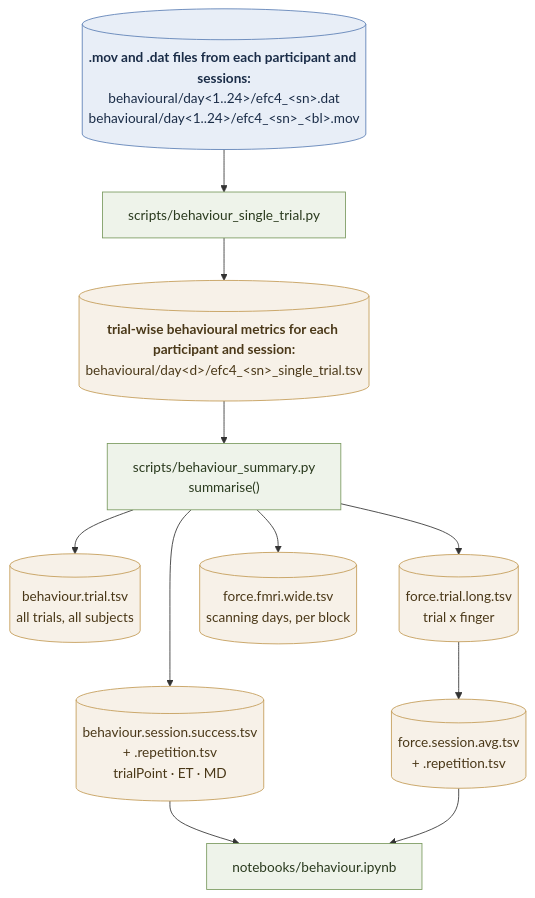
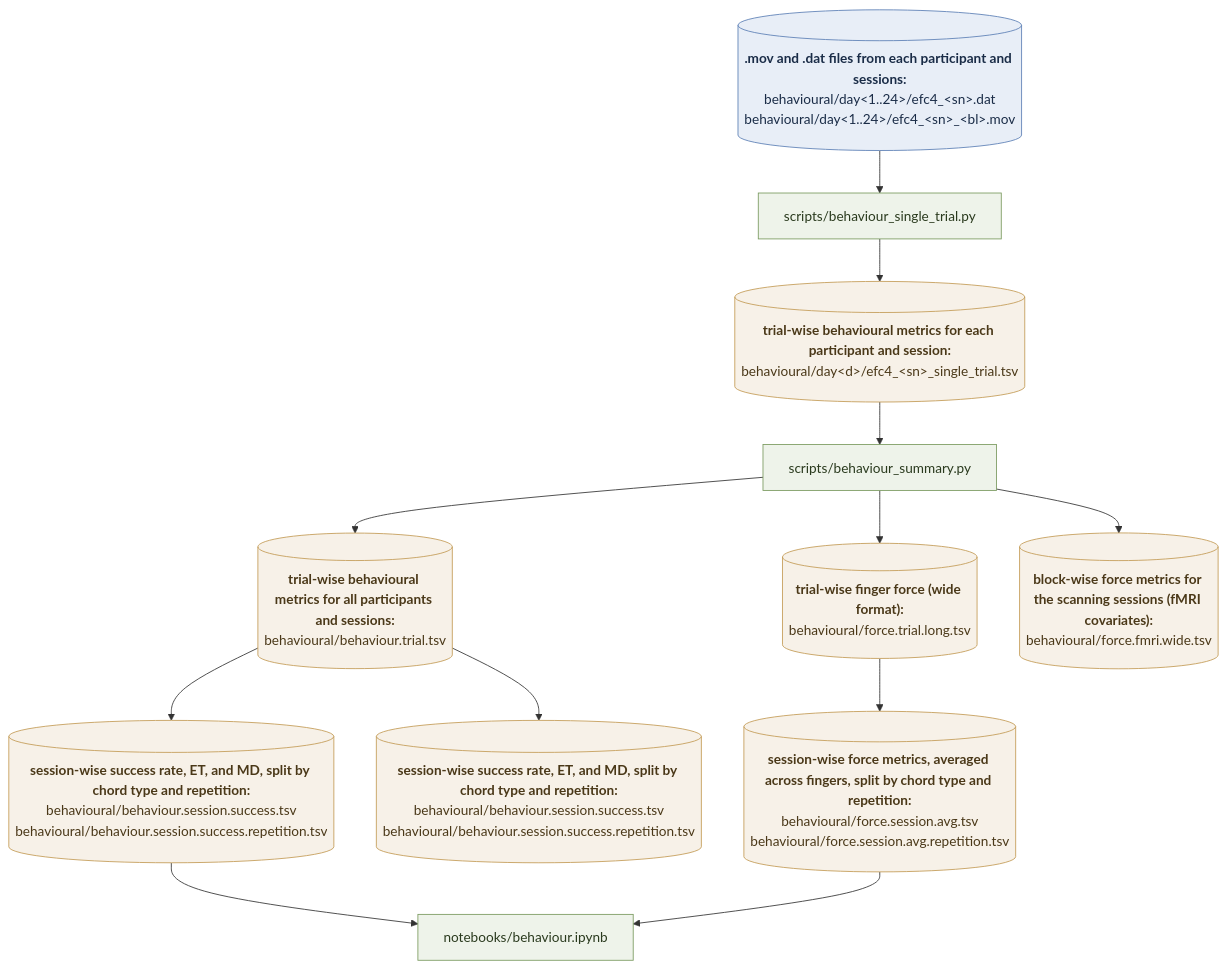
The diagram in README.md (mnlmrc/extension-flexion-chords), drawn with Mermaid before and after one commit. The commit also changed other lines of this file, not shown here.

````diff
--- a/README.md
+++ b/README.md
@@ -25,39 +24,41 @@
 ```mermaid
 flowchart TD
     %% ---------- raw ----------
     RAW[("<b>.mov and .dat files from each participant and sessions:</b><br/>behavioural/day&lt;1..24&gt;/efc4_&lt;sn&gt;.dat<br/>behavioural/day&lt;1..24&gt;/efc4_&lt;sn&gt;_&lt;bl&gt;.mov")]:::input
 
     %% ---------- single trial ----------
     ST["scripts/behaviour_single_trial.py"]:::code
     STTSV[("<b>trial-wise behavioural metrics for each participant and session:</b><br/>behavioural/day&lt;d&gt;/efc4_&lt;sn&gt;_single_trial.tsv")]:::data
 
     RAW --> ST
     ST --> STTSV
 
     %% ---------- summary ----------
-    SUM["scripts/behaviour_summary.py<br/>summarise()"]:::code
+    SUM["scripts/behaviour_summary.py"]:::code
     STTSV --> SUM
 
-    TRIAL[("behaviour.trial.tsv<br/>all trials, all subjects")]:::data
-    PERF[("behaviour.session.success.tsv<br/>+ .repetition.tsv<br/>trialPoint &middot; ET &middot; MD")]:::data
-    FLONG[("force.trial.long.tsv<br/>trial x finger")]:::data
-    FSESS[("force.session.avg.tsv<br/>+ .repetition.tsv")]:::data
-    FMRI[("force.fmri.wide.tsv<br/>scanning days, per block")]:::data
+    TRIAL[("<b>trial-wise behavioural metrics for all participants and sessions:</b><br/>behavioural/behaviour.trial.tsv")]:::data
+    PERF[("<b>session-wise success rate, ET, and MD, split by chord type and repetition:</b><br/>behavioural/behaviour.session.success.tsv<br/>behavioural/behaviour.session.success.repetition.tsv")]:::data
+    PERF_REP[("<b>session-wise success rate, ET, and MD, split by chord type and repetition:</b><br/>behavioural/behaviour.session.success.tsv<br/>behavioural/behaviour.session.success.repetition.tsv")]:::data
+    FLONG[("<b>trial-wise finger force (wide format):</b><br/>behavioural/force.trial.long.tsv")]:::data
+    FSESS[("<b>session-wise force metrics, averaged across fingers, split by chord type and repetition:</b><br/>behavioural/force.session.avg.tsv<br/>behavioural/force.session.avg.repetition.tsv")]:::data
+    FMRI[("<b>block-wise force metrics for the scanning sessions (fMRI covariates):</b><br/>behavioural/force.fmri.wide.tsv")]:::data
 
     SUM --> TRIAL
-    SUM --> PERF
+    TRIAL --> PERF
+    TRIAL --> PERF_REP
     SUM --> FLONG
     FLONG --> FSESS
     SUM --> FMRI
 
     %% ---------- figures / downstream ----------
     NB["notebooks/behaviour.ipynb"]:::code
 
     PERF --> NB
     FSESS --> NB
 
     classDef input fill:#e8eef7,stroke:#5b7fb5,color:#1a2c47;
     classDef code  fill:#eef3ea,stroke:#7a9a5f,color:#2a3a1e;
     classDef data  fill:#f7f1e8,stroke:#c39b56,color:#4a3818;
     classDef out   fill:#f3e8f0,stroke:#a86b97,color:#3f1f39;
 ```
````
